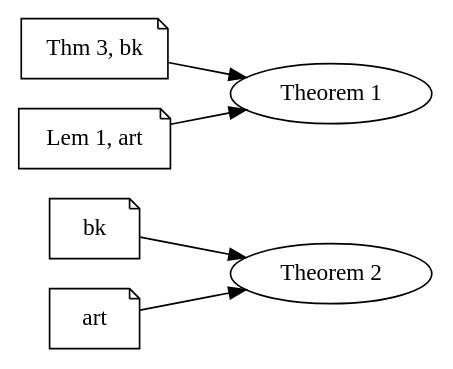
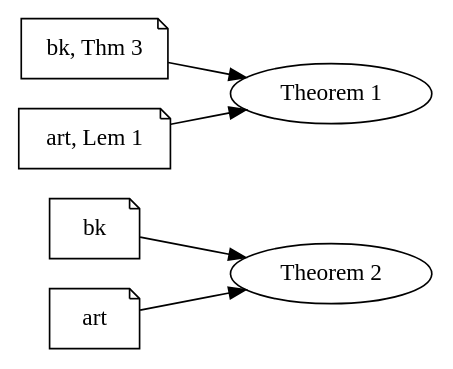
One commit to PierreSenellart/proofgraph changed the diagram in examples/manualcite/reference.dot. Above: the diagram before and after it, drawn with Graphviz. The commit also changed 20 other files, not shown here.

```diff
--- a/examples/manualcite/reference.dot
+++ b/examples/manualcite/reference.dot
@@ -1,13 +1,13 @@
 digraph proofgraph {
   rankdir="LR";
   "n2" [label="Theorem 2"];
   "n1" [label="Theorem 1"];
-  "c@1" [label="Thm 3, bk",shape=note];
+  "c@1" [label="bk, Thm 3",shape=note];
   "c@1" -> "n1";
   "c@2" [label="bk",shape=note];
   "c@2" -> "n2";
   "c@3" [label="art",shape=note];
   "c@3" -> "n2";
-  "c@4" [label="Lem 1, art",shape=note];
+  "c@4" [label="art, Lem 1",shape=note];
   "c@4" -> "n1";
 }
```
